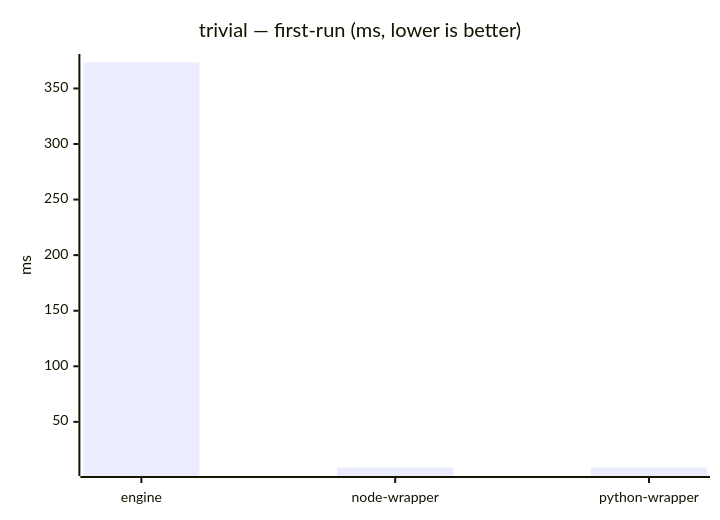
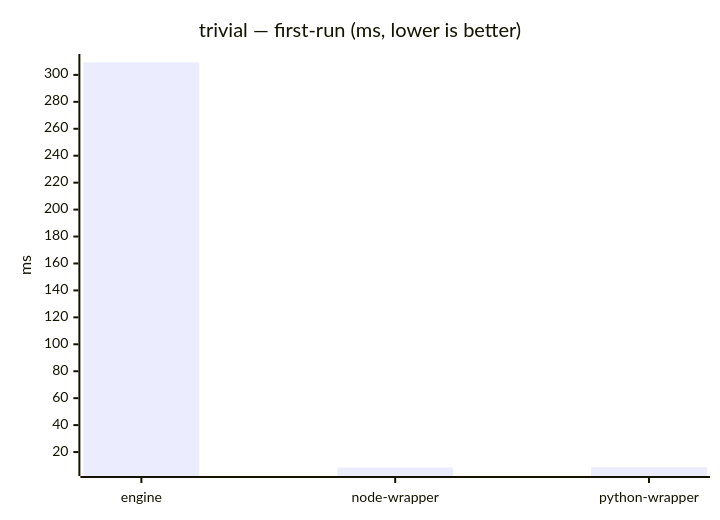
The second of 23 diagrams in benchmarks/report/RESULTS.md (mulesoft/data-weave-cli), drawn with Mermaid before and after one commit. The commit also changed other lines of this file, not shown here.

````diff
--- a/benchmarks/report/RESULTS.md
+++ b/benchmarks/report/RESULTS.md
@@ -54,7 +54,7 @@
 ```mermaid
 xychart-beta
     title "trivial — first-run (ms, lower is better)"
     x-axis ["engine", "node-wrapper", "python-wrapper"]
     y-axis "ms"
-    bar [373.343, 8.945, 8.935]
+    bar [309.206, 8.532, 8.775]
 ```
````
